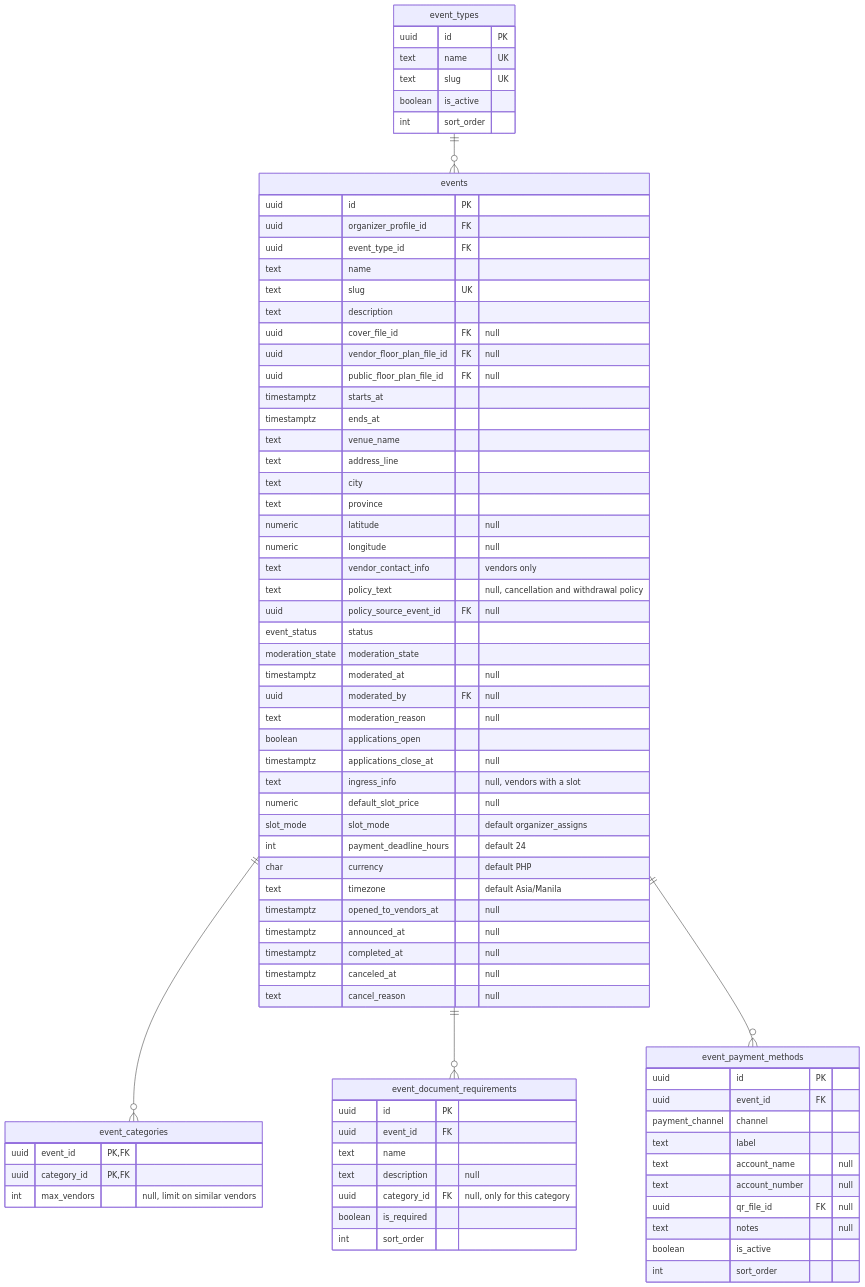
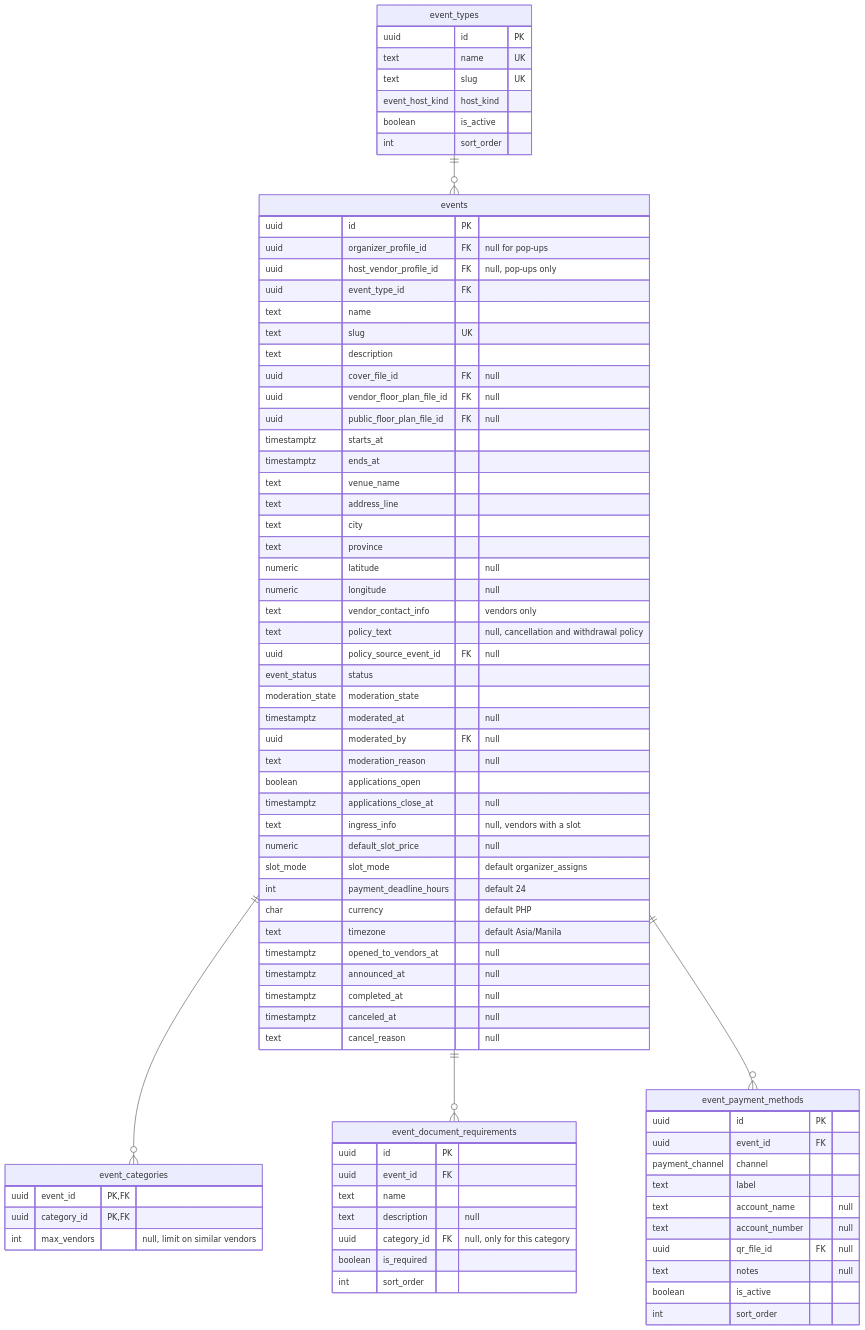
The fourth of 6 diagrams in docs/data-model.md (Aycees/Creavent), drawn with Mermaid before and after one commit. The commit also changed other lines of this file and 113 other files, not shown here.

First line of the commit message:
Phase 6: pop-up events (vendor-hosted, no organizer) (#23)

````diff
--- a/docs/data-model.md
+++ b/docs/data-model.md
@@ -360,80 +369,82 @@
 ```mermaid
 erDiagram
     event_types {
         uuid id PK
         text name UK
         text slug UK
+        event_host_kind host_kind
         boolean is_active
         int sort_order
     }
     events {
         uuid id PK
-        uuid organizer_profile_id FK
+        uuid organizer_profile_id FK "null for pop-ups"
+        uuid host_vendor_profile_id FK "null, pop-ups only"
         uuid event_type_id FK
         text name
         text slug UK
         text description
         uuid cover_file_id FK "null"
         uuid vendor_floor_plan_file_id FK "null"
         uuid public_floor_plan_file_id FK "null"
         timestamptz starts_at
         timestamptz ends_at
         text venue_name
         text address_line
         text city
         text province
         numeric latitude "null"
         numeric longitude "null"
         text vendor_contact_info "vendors only"
         text policy_text "null, cancellation and withdrawal policy"
         uuid policy_source_event_id FK "null"
         event_status status
         moderation_state moderation_state
         timestamptz moderated_at "null"
         uuid moderated_by FK "null"
         text moderation_reason "null"
         boolean applications_open
         timestamptz applications_close_at "null"
         text ingress_info "null, vendors with a slot"
         numeric default_slot_price "null"
         slot_mode slot_mode "default organizer_assigns"
         int payment_deadline_hours "default 24"
         char currency "default PHP"
         text timezone "default Asia/Manila"
         timestamptz opened_to_vendors_at "null"
         timestamptz announced_at "null"
         timestamptz completed_at "null"
         timestamptz canceled_at "null"
         text cancel_reason "null"
     }
     event_categories {
         uuid event_id PK,FK
         uuid category_id PK,FK
         int max_vendors "null, limit on similar vendors"
     }
     event_document_requirements {
         uuid id PK
         uuid event_id FK
         text name
         text description "null"
         uuid category_id FK "null, only for this category"
         boolean is_required
         int sort_order
     }
     event_payment_methods {
         uuid id PK
         uuid event_id FK
         payment_channel channel
         text label
         text account_name "null"
         text account_number "null"
         uuid qr_file_id FK "null"
         text notes "null"
         boolean is_active
         int sort_order
     }
     event_types ||--o{ events : ""
     events ||--o{ event_categories : ""
     events ||--o{ event_document_requirements : ""
     events ||--o{ event_payment_methods : ""
 ```
````
